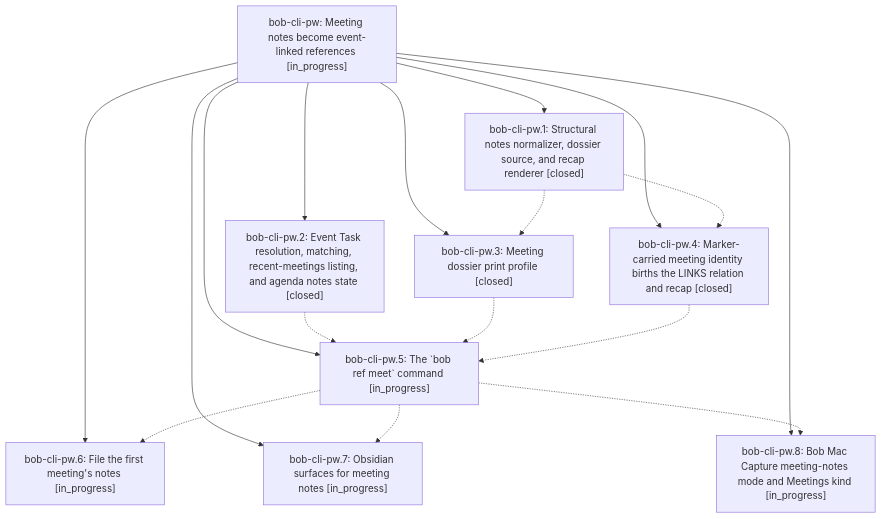
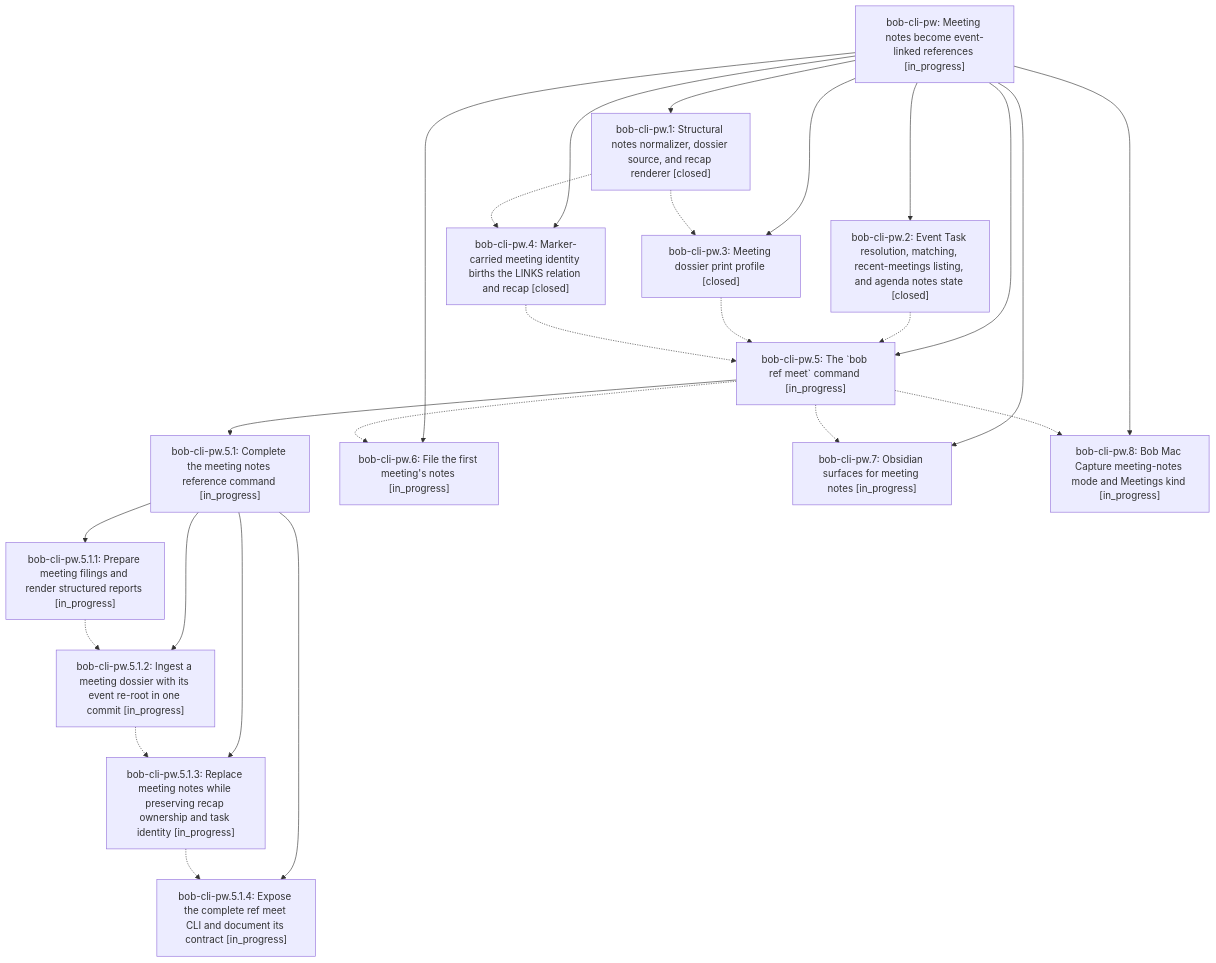
The diagram in pages/bob-cli-pw/README.md (bobs-org/bob-cli--beads), drawn with Mermaid before and after one commit. The commit also changed other lines of this file and 7 other files, not shown here.

First line of the commit message:
chore(beads): sync bead state and pages for bob-cli-pw

````diff
--- a/pages/bob-cli-pw/README.md
+++ b/pages/bob-cli-pw/README.md
@@ -51,28 +53,41 @@
 ```mermaid
 flowchart TD
     n0["bob-cli-pw: Meeting notes become event-linked references [in_progress]"]
     n1["bob-cli-pw.1: Structural notes normalizer, dossier source, and recap renderer [closed]"]
     n2["bob-cli-pw.2: Event Task resolution, matching, recent-meetings listing, and agenda notes state [closed]"]
     n3["bob-cli-pw.3: Meeting dossier print profile [closed]"]
     n4["bob-cli-pw.4: Marker-carried meeting identity births the LINKS relation and recap [closed]"]
     n5["bob-cli-pw.5: The `bob ref meet` command [in_progress]"]
-    n6["bob-cli-pw.6: File the first meeting's notes [in_progress]"]
-    n7["bob-cli-pw.7: Obsidian surfaces for meeting notes [in_progress]"]
-    n8["bob-cli-pw.8: Bob Mac Capture meeting-notes mode and Meetings kind [in_progress]"]
+    n6["bob-cli-pw.5.1: Complete the meeting notes reference command [in_progress]"]
+    n7["bob-cli-pw.5.1.1: Prepare meeting filings and render structured reports [in_progress]"]
+    n8["bob-cli-pw.5.1.2: Ingest a meeting dossier with its event re-root in one commit [in_progress]"]
+    n9["bob-cli-pw.5.1.3: Replace meeting notes while preserving recap ownership and task identity [in_progress]"]
+    n10["bob-cli-pw.5.1.4: Expose the complete ref meet CLI and document its contract [in_progress]"]
+    n11["bob-cli-pw.6: File the first meeting's notes [in_progress]"]
+    n12["bob-cli-pw.7: Obsidian surfaces for meeting notes [in_progress]"]
+    n13["bob-cli-pw.8: Bob Mac Capture meeting-notes mode and Meetings kind [in_progress]"]
     n0 --> n1
     n0 --> n2
     n0 --> n3
     n0 --> n4
     n0 --> n5
-    n0 --> n6
-    n0 --> n7
-    n0 --> n8
+    n5 --> n6
+    n6 --> n7
+    n6 --> n8
+    n6 --> n9
+    n6 --> n10
+    n0 --> n11
+    n0 --> n12
+    n0 --> n13
     n1 -.-> n3
     n1 -.-> n4
     n2 -.-> n5
     n3 -.-> n5
     n4 -.-> n5
-    n5 -.-> n6
-    n5 -.-> n7
-    n5 -.-> n8
+    n5 -.-> n11
+    n5 -.-> n12
+    n5 -.-> n13
+    n7 -.-> n8
+    n8 -.-> n9
+    n9 -.-> n10
 ```
````
